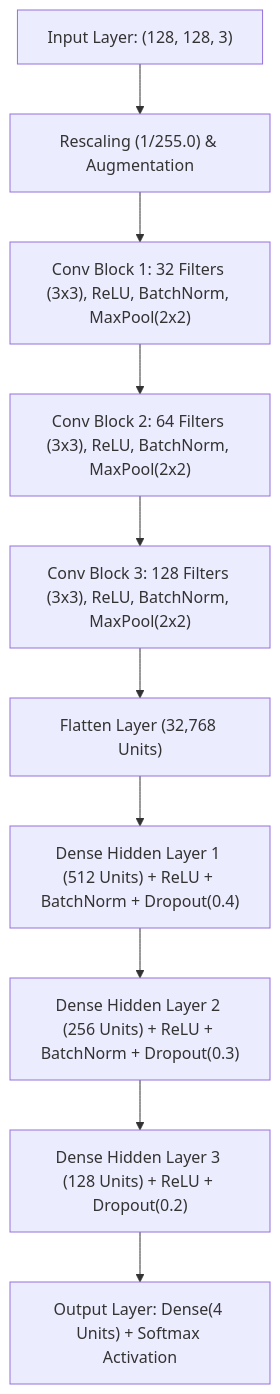
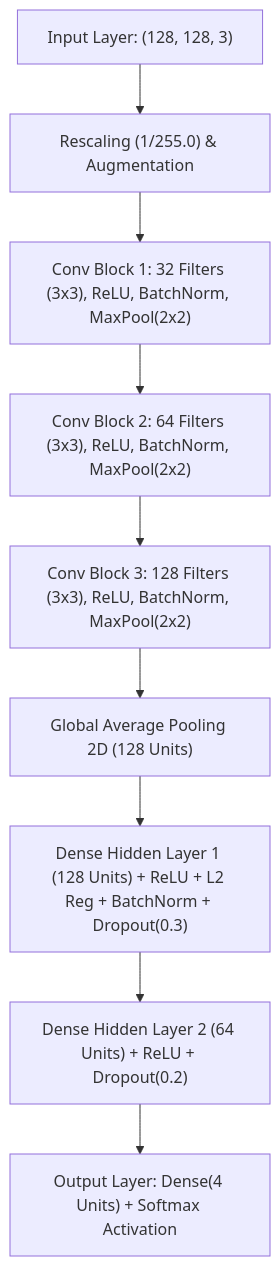
Before and after one commit to SwayamKohli/applied-generative-ai-labs: the second of 2 diagrams in smart-waste-classification-dnn/README.md, drawn with Mermaid. The commit also changed other lines of this file and 1 other file, not shown here.

Commit message:
fix: resolve label alphabetical misalignment and replace 17M param flatten with GlobalAveragePooling2D

````diff
--- a/smart-waste-classification-dnn/README.md
+++ b/smart-waste-classification-dnn/README.md
@@ -88,12 +88,11 @@
 ```mermaid
 flowchart TD
     In["Input Layer: (128, 128, 3)"] --> Norm["Rescaling (1/255.0) & Augmentation"]
     Norm --> C1["Conv Block 1: 32 Filters (3x3), ReLU, BatchNorm, MaxPool(2x2)"]
     C1 --> C2["Conv Block 2: 64 Filters (3x3), ReLU, BatchNorm, MaxPool(2x2)"]
     C2 --> C3["Conv Block 3: 128 Filters (3x3), ReLU, BatchNorm, MaxPool(2x2)"]
-    C3 --> Flat["Flatten Layer (32,768 Units)"]
-    Flat --> D1["Dense Hidden Layer 1 (512 Units) + ReLU + BatchNorm + Dropout(0.4)"]
-    D1 --> D2["Dense Hidden Layer 2 (256 Units) + ReLU + BatchNorm + Dropout(0.3)"]
-    D2 --> D3["Dense Hidden Layer 3 (128 Units) + ReLU + Dropout(0.2)"]
-    D3 --> Out["Output Layer: Dense(4 Units) + Softmax Activation"]
+    C3 --> GAP["Global Average Pooling 2D (128 Units)"]
+    GAP --> D1["Dense Hidden Layer 1 (128 Units) + ReLU + L2 Reg + BatchNorm + Dropout(0.3)"]
+    D1 --> D2["Dense Hidden Layer 2 (64 Units) + ReLU + Dropout(0.2)"]
+    D2 --> Out["Output Layer: Dense(4 Units) + Softmax Activation"]
 ```
````
